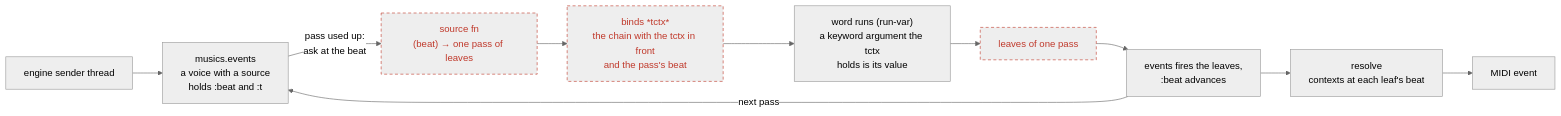
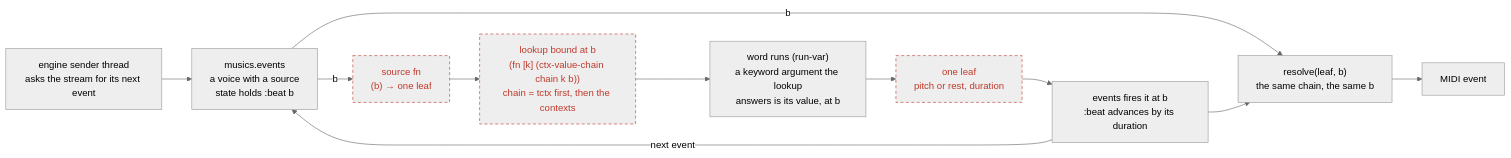
Before and after one commit to gebdevalk/musics: the second of 3 diagrams in doc/md/pull-voice.md, drawn with Mermaid (neutral theme). The commit also changed other lines of this file and 1 other file, not shown here.

Commit message:
docs: a voice as a function of beat -- one leaf, one beat, every lookup at that beat

````diff
--- a/doc/md/pull-voice.md
+++ b/doc/md/pull-voice.md
@@ -33,20 +36,21 @@
 ```mermaid
 flowchart LR
-  engine["engine sender thread"]
-  events["musics.events<br/>a voice with a source<br/>holds :beat and :t"]
-  source["source fn<br/>(beat) → one pass of leaves"]
-  bind["binds *tctx*<br/>the chain with the tctx in front<br/>and the pass's beat"]
-  word["word runs (run-var)<br/>a keyword argument the tctx<br/>holds is its value"]
-  pass["leaves of one pass"]
-  fire["events fires the leaves,<br/>:beat advances"]
-  resolve["resolve<br/>contexts at each leaf's beat"]
+  engine["engine sender thread<br/>asks the stream for its next event"]
+  events["musics.events<br/>a voice with a source<br/>state holds :beat b"]
+  source["source fn<br/>(b) → one leaf"]
+  lookup["lookup bound at b<br/>(fn [k] (ctx-value-chain chain k b))<br/>chain = tctx first, then the contexts"]
+  word["word runs (run-var)<br/>a keyword argument the lookup<br/>answers is its value, at b"]
+  leaf["one leaf<br/>pitch or rest, duration"]
+  fire["events fires it at b<br/>:beat advances by its duration"]
+  resolve["resolve(leaf, b)<br/>the same chain, the same b"]
   midi["MIDI event"]
 
   engine --> events
-  events -- "pass used up:<br/>ask at the beat" --> source --> bind --> word --> pass --> fire
-  fire -- "next pass" --> events
+  events -- "b" --> source --> lookup --> word --> leaf --> fire
+  fire -- "next event" --> events
+  events -- "b" --> resolve
   fire --> resolve --> midi
 
   classDef planned stroke-dasharray: 5 4,stroke:#c0392b,color:#c0392b
-  class source,bind,pass planned
+  class source,lookup,leaf planned
 ```
````
